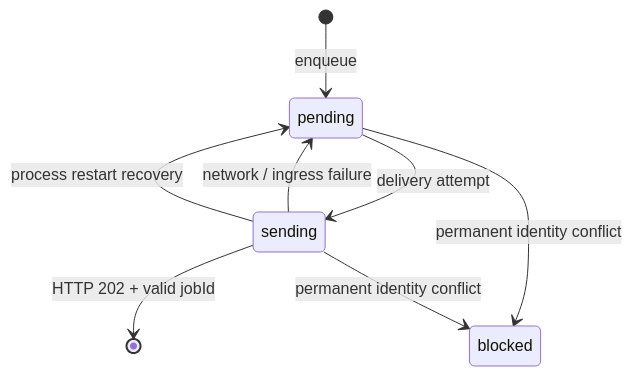
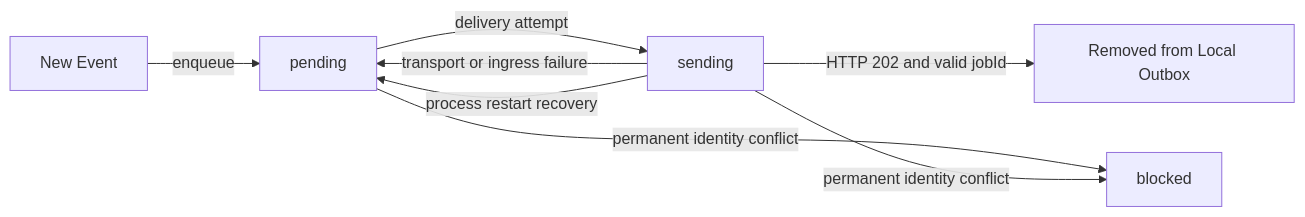
One commit to gitgotcha/my-chatgpt-mcp changed the sixth of 32 diagrams in README.md. Above: the diagram before and after it, drawn with Mermaid. The commit also changed other lines of this file, not shown here.

````diff
--- a/README.md
+++ b/README.md
@@ -589,17 +737,22 @@
 ```mermaid
-stateDiagram-v2
+flowchart LR
 
-    [*] --> pending: enqueue
+    NEW["New Event"]
+    P["pending"]
+    S["sending"]
+    B["blocked"]
+    DONE["Removed from Local Outbox"]
 
-    pending --> sending: delivery attempt
+    NEW -->|"enqueue"| P
 
-    sending --> pending: network / ingress failure
+    P -->|"delivery attempt"| S
 
-    sending --> [*]: HTTP 202 + valid jobId
+    S -->|"transport or ingress failure"| P
 
-    pending --> blocked: permanent identity conflict
+    S -->|"HTTP 202 and valid jobId"| DONE
 
-    sending --> blocked: permanent identity conflict
+    P -->|"permanent identity conflict"| B
+    S -->|"permanent identity conflict"| B
 
-    sending --> pending: process restart recovery
+    S -->|"process restart recovery"| P
 ```
````
